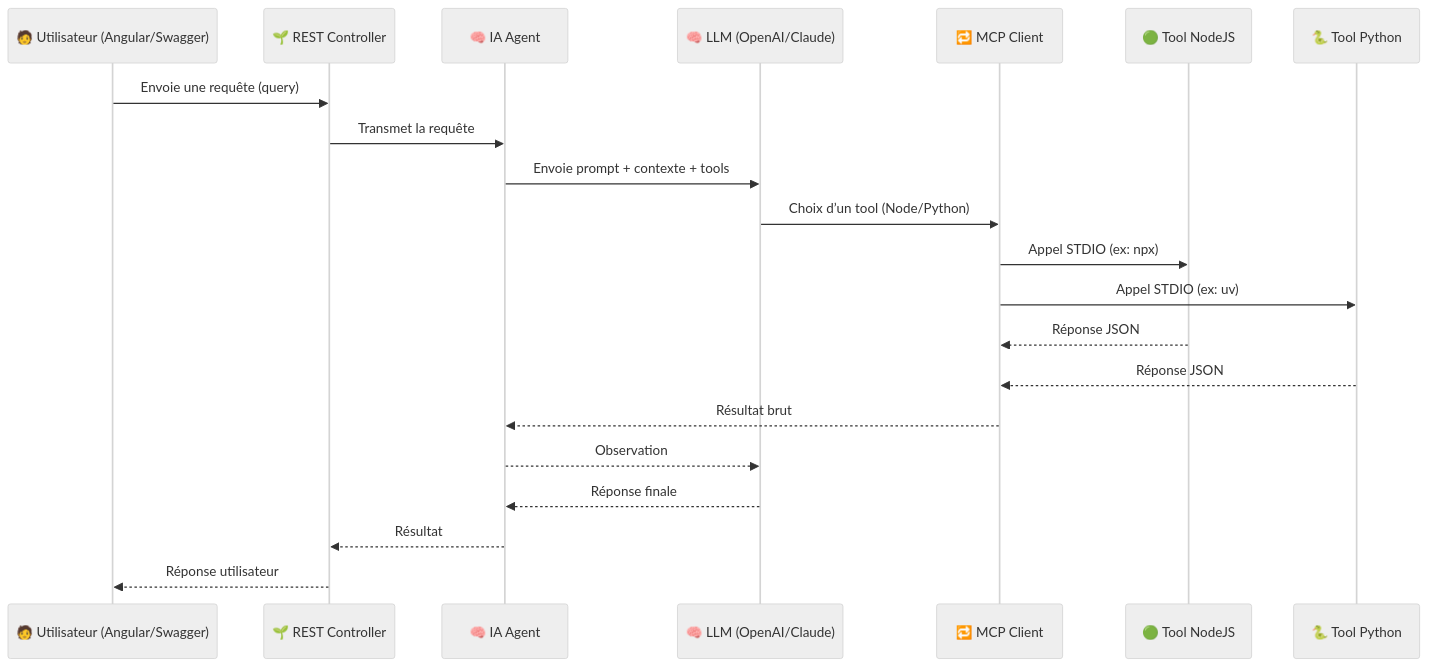
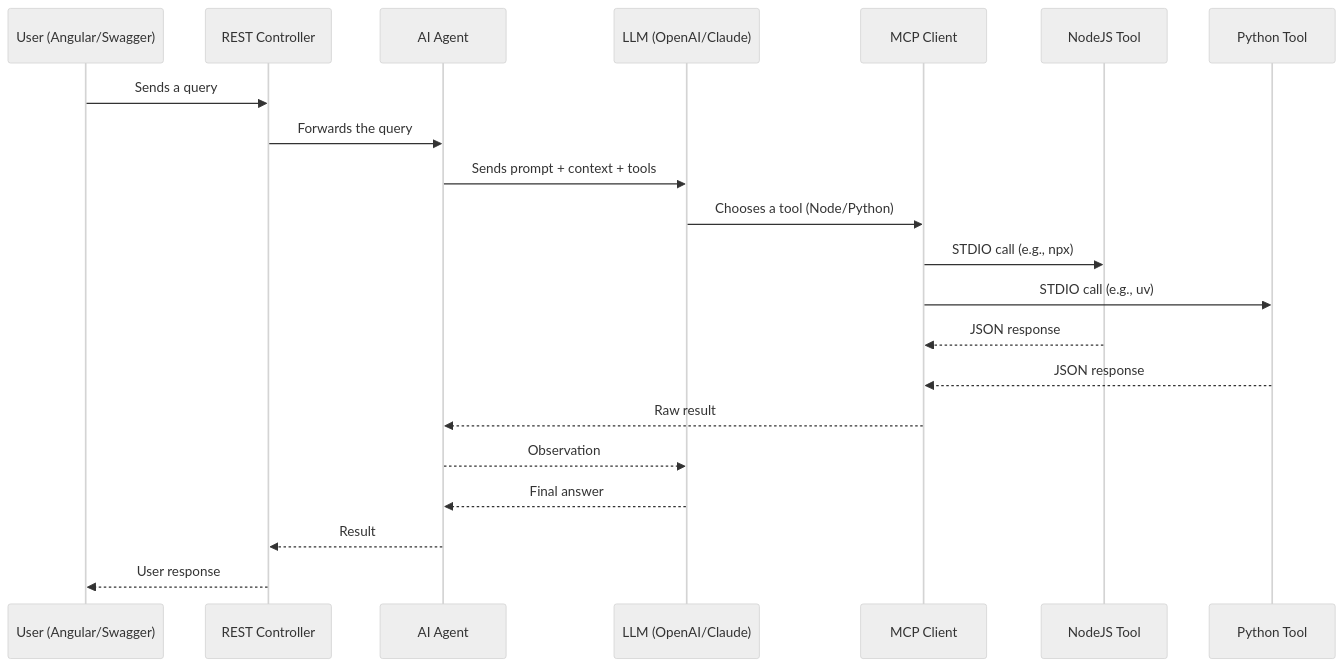
Before and after one commit to AI-trainings/mcp-agentic-ai: the diagram in README.md, drawn with Mermaid (neutral theme).

````diff
--- a/README.md
+++ b/README.md
@@ -58,24 +58,24 @@
 ```mermaid
 sequenceDiagram
-    participant UI as 🧑 Utilisateur (Angular/Swagger)
-    participant RestCtrl as 🌱 REST Controller
-    participant Agent as 🧠 IA Agent
-    participant LLM as 🧠 LLM (OpenAI/Claude)
-    participant MCPClient as 🔁 MCP Client
-    participant ToolNode as 🟢 Tool NodeJS
-    participant ToolPython as 🐍 Tool Python
+    participant UI as User (Angular/Swagger)
+    participant RestCtrl as REST Controller
+    participant Agent as AI Agent
+    participant LLM as LLM (OpenAI/Claude)
+    participant MCPClient as MCP Client
+    participant ToolNode as NodeJS Tool
+    participant ToolPython as Python Tool
 
-    UI->>RestCtrl: Envoie une requête (query)
-    RestCtrl->>Agent: Transmet la requête
-    Agent->>LLM: Envoie prompt + contexte + tools
-    LLM->>MCPClient: Choix d’un tool (Node/Python)
-    MCPClient->>ToolNode: Appel STDIO (ex: npx)
-    MCPClient->>ToolPython: Appel STDIO (ex: uv)
-    ToolNode-->>MCPClient: Réponse JSON
-    ToolPython-->>MCPClient: Réponse JSON
-    MCPClient-->>Agent: Résultat brut
+    UI->>RestCtrl: Sends a query
+    RestCtrl->>Agent: Forwards the query
+    Agent->>LLM: Sends prompt + context + tools
+    LLM->>MCPClient: Chooses a tool (Node/Python)
+    MCPClient->>ToolNode: STDIO call (e.g., npx)
+    MCPClient->>ToolPython: STDIO call (e.g., uv)
+    ToolNode-->>MCPClient: JSON response
+    ToolPython-->>MCPClient: JSON response
+    MCPClient-->>Agent: Raw result
     Agent-->>LLM: Observation
-    LLM-->>Agent: Réponse finale
-    Agent-->>RestCtrl: Résultat
-    RestCtrl-->>UI: Réponse utilisateur
+    LLM-->>Agent: Final answer
+    Agent-->>RestCtrl: Result
+    RestCtrl-->>UI: User response
 ```
````
